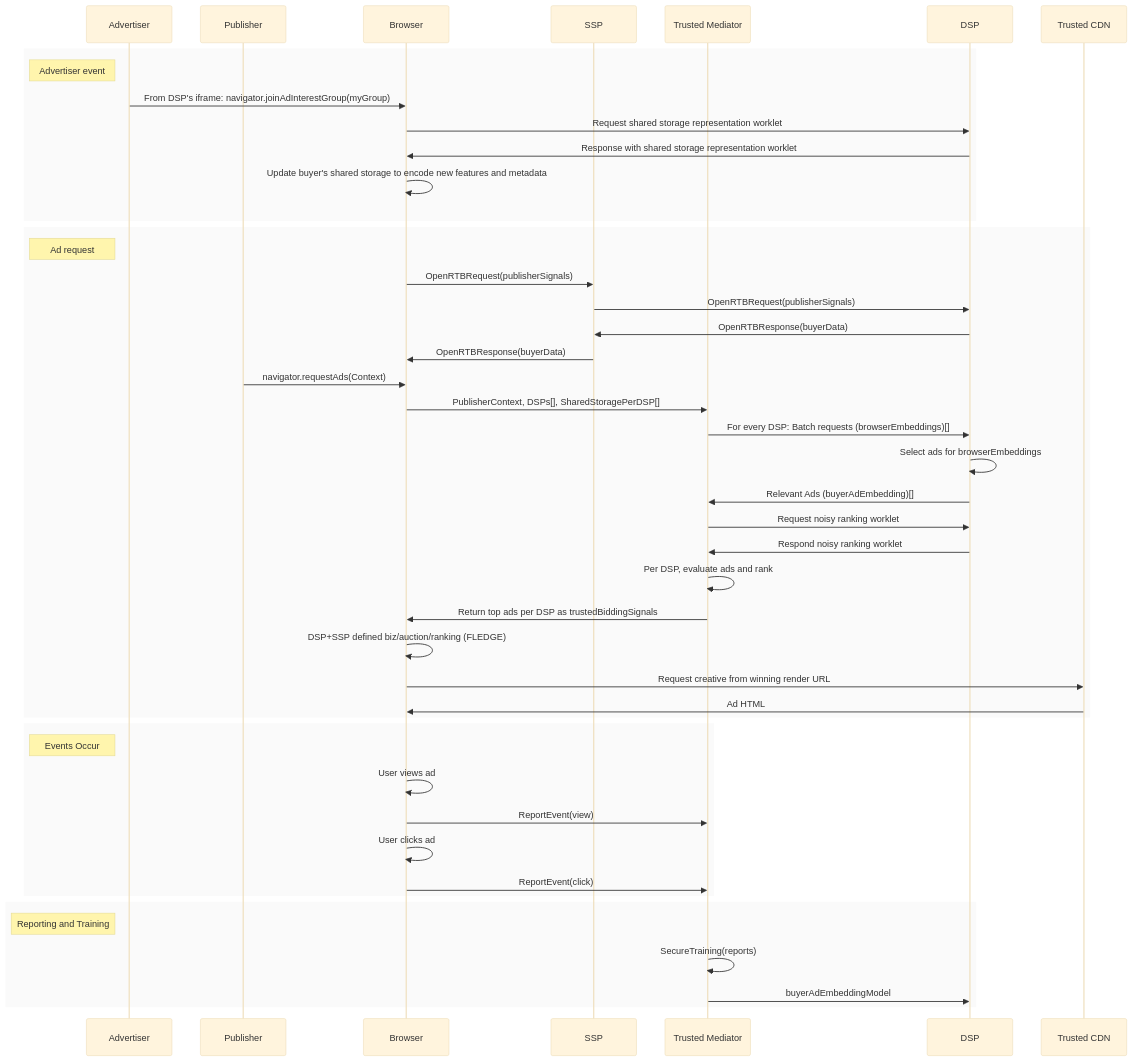
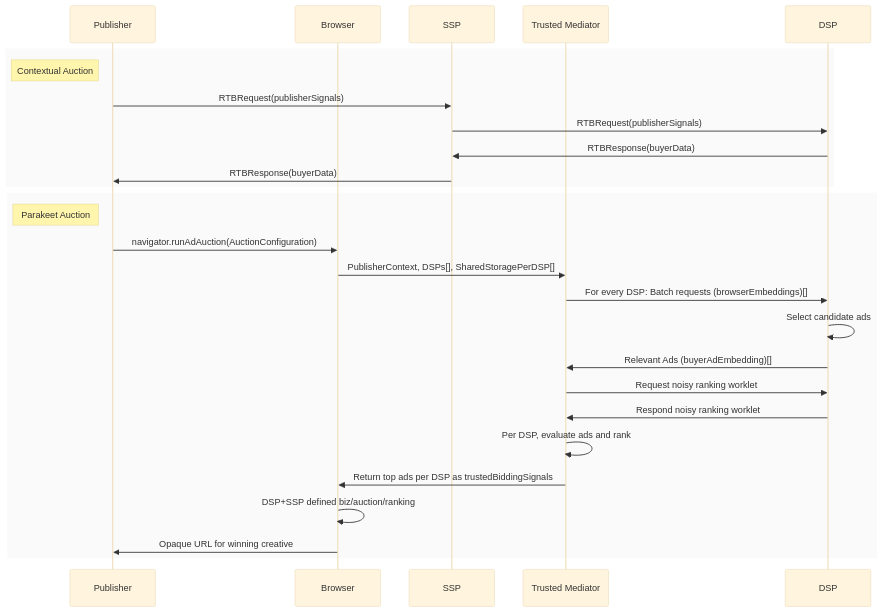
One commit to WICG/privacy-preserving-ads changed the second of 3 diagrams in NoisyRanking.md. Above: the diagram before and after it, drawn with Mermaid (base theme). The commit also changed other lines of this file, not shown here.

Commit message:
Split up and tidy flow diagram

````diff
--- a/NoisyRanking.md
+++ b/NoisyRanking.md
@@ -133,48 +201,31 @@
 ```mermaid
 sequenceDiagram
-  participant Advertiser
   participant Publisher
   participant Browser
   participant SSP
   participant Trusted Mediator
   participant DSP
-  participant Trusted CDN
+  
   rect rgb(250, 250, 250)
-  Note left of Advertiser: Advertiser event
-  Advertiser->>Browser: From DSP's iframe: navigator.joinAdInterestGroup(myGroup)
-  Browser->>DSP: Request shared storage representation worklet
-  DSP->>Browser: Response with shared storage representation worklet
-  Browser->>Browser: Update buyer's shared storage to encode new features and metadata
+  Note left of Publisher: Contextual Auction
+  Publisher->>SSP: RTBRequest(publisherSignals)
+  SSP->>DSP: RTBRequest(publisherSignals)
+  DSP->>SSP: RTBResponse(buyerData)
+  SSP->>Publisher: RTBResponse(buyerData)
   end
+  
   rect rgb(250, 250, 250)
-  Note left of Advertiser: Ad request
-  Browser->>SSP: OpenRTBRequest(publisherSignals)
-  SSP->>DSP: OpenRTBRequest(publisherSignals)
-  DSP->>SSP: OpenRTBResponse(buyerData)
-  SSP->>Browser: OpenRTBResponse(buyerData)
-  Publisher->>Browser: navigator.requestAds(Context)
+  Note left of Publisher: Parakeet Auction
+  Publisher->>Browser: navigator.runAdAuction(AuctionConfiguration)
   Browser->>Trusted Mediator: PublisherContext, DSPs[], SharedStoragePerDSP[]
   Trusted Mediator->>DSP: For every DSP: Batch requests (browserEmbeddings)[]
-  DSP->>DSP: Select ads for browserEmbeddings
+  DSP->>DSP: Select candidate ads
   DSP->>Trusted Mediator: Relevant Ads (buyerAdEmbedding)[]
   Trusted Mediator->>DSP: Request noisy ranking worklet
   DSP->>Trusted Mediator: Respond noisy ranking worklet
   Trusted Mediator->>Trusted Mediator: Per DSP, evaluate ads and rank 
   Trusted Mediator->>Browser: Return top ads per DSP as trustedBiddingSignals
-  Browser->>Browser: DSP+SSP defined biz/auction/ranking (FLEDGE)
-  Browser->>Trusted CDN: Request creative from winning render URL
-  Trusted CDN->>Browser: Ad HTML
-  end
-  rect rgb(250, 250, 250)
-  Note left of Advertiser: Events Occur
-  Browser->>Browser: User views ad
-  Browser->>Trusted Mediator: ReportEvent(view)
-  Browser->>Browser: User clicks ad
-  Browser->>Trusted Mediator: ReportEvent(click)
-  end
-  rect rgb(250, 250, 250)
-  Note left of Advertiser: Reporting and Training
-  Trusted Mediator->>Trusted Mediator: SecureTraining(reports)
-  Trusted Mediator->>DSP: buyerAdEmbeddingModel
+  Browser->>Browser: DSP+SSP defined biz/auction/ranking  
+  Browser->>Publisher: Opaque URL for winning creative
   end
 ```
````
